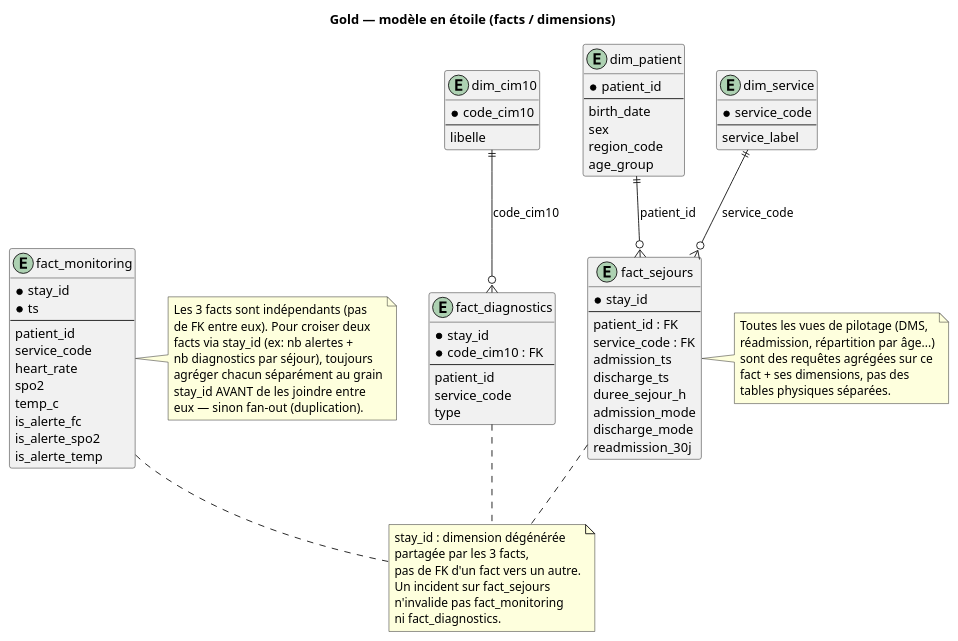
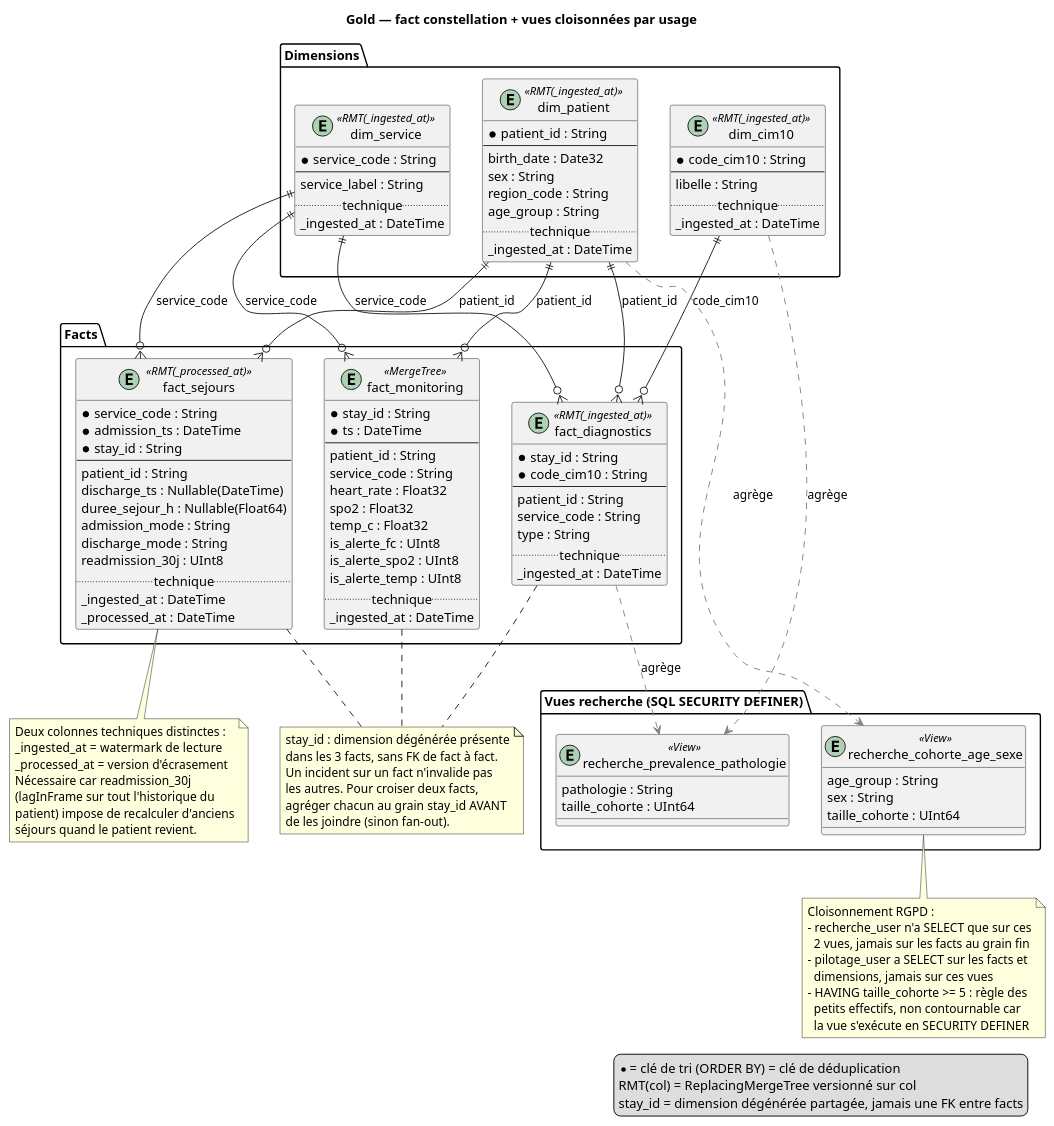
One commit to Shinobyy/M2-BigData changed the diagram in diagrams/gold.puml. Above: the diagram before and after it, drawn with PlantUML. The commit also changed 52 other files, not shown here.

```diff
--- a/diagrams/gold.puml
+++ b/diagrams/gold.puml
@@ -1,89 +1,143 @@
 @startuml gold
 
-title Gold — modèle en étoile (facts / dimensions)
+title Gold — fact constellation + vues cloisonnées par usage
 
-entity dim_patient {
-  * patient_id
-  --
-  birth_date
-  sex
-  region_code
-  age_group
+legend right
+  * = clé de tri (ORDER BY) = clé de déduplication
+  RMT(col) = ReplacingMergeTree versionné sur col
+  stay_id = dimension dégénérée partagée, jamais une FK entre facts
+end legend
+
+package "Dimensions" {
+  entity dim_patient <<RMT(_ingested_at)>> {
+    * patient_id : String
+    --
+    birth_date : Date32
+    sex : String
+    region_code : String
+    age_group : String
+    .. technique ..
+    _ingested_at : DateTime
+  }
+
+  entity dim_service <<RMT(_ingested_at)>> {
+    * service_code : String
+    --
+    service_label : String
+    .. technique ..
+    _ingested_at : DateTime
+  }
+
+  entity dim_cim10 <<RMT(_ingested_at)>> {
+    * code_cim10 : String
+    --
+    libelle : String
+    .. technique ..
+    _ingested_at : DateTime
+  }
 }
 
-entity dim_service {
-  * service_code
-  --
-  service_label
+package "Facts" {
+  entity fact_sejours <<RMT(_processed_at)>> {
+    * service_code : String
+    * admission_ts : DateTime
+    * stay_id : String
+    --
+    patient_id : String
+    discharge_ts : Nullable(DateTime)
+    duree_sejour_h : Nullable(Float64)
+    admission_mode : String
+    discharge_mode : String
+    readmission_30j : UInt8
+    .. technique ..
+    _ingested_at : DateTime
+    _processed_at : DateTime
+  }
+
+  entity fact_monitoring <<MergeTree>> {
+    * stay_id : String
+    * ts : DateTime
+    --
+    patient_id : String
+    service_code : String
+    heart_rate : Float32
+    spo2 : Float32
+    temp_c : Float32
+    is_alerte_fc : UInt8
+    is_alerte_spo2 : UInt8
+    is_alerte_temp : UInt8
+    .. technique ..
+    _ingested_at : DateTime
+  }
+
+  entity fact_diagnostics <<RMT(_ingested_at)>> {
+    * stay_id : String
+    * code_cim10 : String
+    --
+    patient_id : String
+    service_code : String
+    type : String
+    .. technique ..
+    _ingested_at : DateTime
+  }
 }
 
-entity dim_cim10 {
-  * code_cim10
-  --
-  libelle
-}
+package "Vues recherche (SQL SECURITY DEFINER)" {
+  entity recherche_prevalence_pathologie <<View>> {
+    pathologie : String
+    taille_cohorte : UInt64
+  }
 
-entity fact_sejours {
-  * stay_id
-  --
-  patient_id : FK
-  service_code : FK
-  admission_ts
-  discharge_ts
-  duree_sejour_h
-  admission_mode
-  discharge_mode
-  readmission_30j
-}
-
-entity fact_monitoring {
-  * stay_id
-  * ts
-  --
-  patient_id
-  service_code
-  heart_rate
-  spo2
-  temp_c
-  is_alerte_fc
-  is_alerte_spo2
-  is_alerte_temp
-}
-
-entity fact_diagnostics {
-  * stay_id
-  * code_cim10 : FK
-  --
-  patient_id
-  service_code
-  type
+  entity recherche_cohorte_age_sexe <<View>> {
+    age_group : String
+    sex : String
+    taille_cohorte : UInt64
+  }
 }
 
 dim_patient ||--o{ fact_sejours : patient_id
 dim_service ||--o{ fact_sejours : service_code
+dim_patient ||--o{ fact_monitoring : patient_id
+dim_service ||--o{ fact_monitoring : service_code
+dim_patient ||--o{ fact_diagnostics : patient_id
+dim_service ||--o{ fact_diagnostics : service_code
 dim_cim10 ||--o{ fact_diagnostics : code_cim10
 
-note "stay_id : dimension dégénérée\npartagée par les 3 facts,\npas de FK d'un fact vers un autre.\nUn incident sur fact_sejours\nn'invalide pas fact_monitoring\nni fact_diagnostics." as N1
-fact_sejours .. N1
-fact_monitoring .. N1
-fact_diagnostics .. N1
+fact_diagnostics .[#gray].> recherche_prevalence_pathologie : agrège
+dim_cim10 .[#gray].> recherche_prevalence_pathologie : agrège
+dim_patient .[#gray].> recherche_cohorte_age_sexe : agrège
 
-note right of fact_sejours
-  Toutes les vues de pilotage (DMS,
-  réadmission, répartition par âge...)
-  sont des requêtes agrégées sur ce
-  fact + ses dimensions, pas des
-  tables physiques séparées.
+note as N_degenerate
+  stay_id : dimension dégénérée présente
+  dans les 3 facts, sans FK de fact à fact.
+  Un incident sur un fact n'invalide pas
+  les autres. Pour croiser deux facts,
+  agréger chacun au grain stay_id AVANT
+  de les joindre (sinon fan-out).
+end note
+fact_sejours .. N_degenerate
+fact_monitoring .. N_degenerate
+fact_diagnostics .. N_degenerate
+
+note bottom of fact_sejours
+  Deux colonnes techniques distinctes :
+  _ingested_at  = watermark de lecture
+  _processed_at = version d'écrasement
+  Nécessaire car readmission_30j
+  (lagInFrame sur tout l'historique du
+  patient) impose de recalculer d'anciens
+  séjours quand le patient revient.
 end note
 
-note right of fact_monitoring
-  Les 3 facts sont indépendants (pas
-  de FK entre eux). Pour croiser deux
-  facts via stay_id (ex: nb alertes +
-  nb diagnostics par séjour), toujours
-  agréger chacun séparément au grain
-  stay_id AVANT de les joindre entre
-  eux — sinon fan-out (duplication).
+note bottom of recherche_cohorte_age_sexe
+  Cloisonnement RGPD :
+  - recherche_user n'a SELECT que sur ces
+    2 vues, jamais sur les facts au grain fin
+  - pilotage_user a SELECT sur les facts et
+    dimensions, jamais sur ces vues
+  - HAVING taille_cohorte >= 5 : règle des
+    petits effectifs, non contournable car
+    la vue s'exécute en SECURITY DEFINER
 end note
 
 @enduml
```
